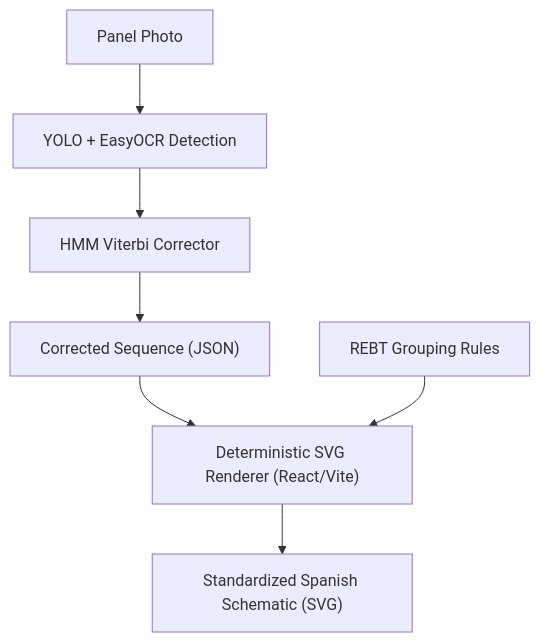
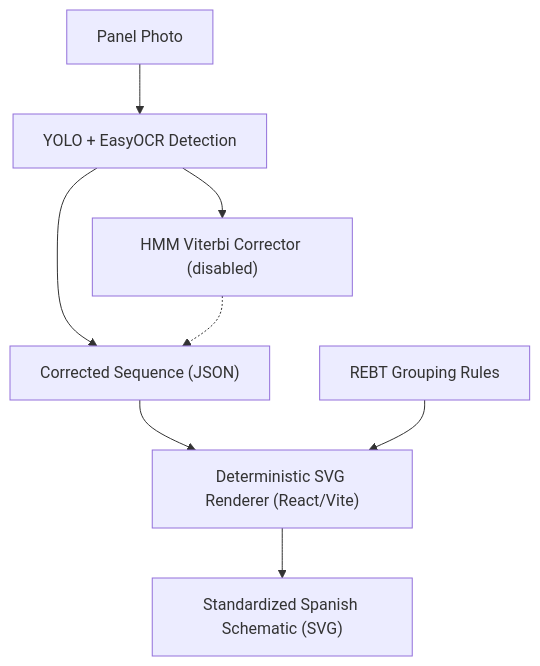
The diagram in docs/okf/tools/schematic_generator.md (cerrmcneel/breaker-detection-project), drawn with Mermaid before and after one commit. The commit also changed other lines of this file and 10 other files, not shown here.

````diff
--- a/docs/okf/tools/schematic_generator.md
+++ b/docs/okf/tools/schematic_generator.md
@@ -18,9 +18,10 @@
 ```mermaid
 graph TD
     A["Panel Photo"] --> B["YOLO + EasyOCR Detection"]
-    B --> C["HMM Viterbi Corrector"]
-    C --> D["Corrected Sequence (JSON)"]
+    B --> C["HMM Viterbi Corrector (disabled)"]
+    B --> D["Corrected Sequence (JSON)"]
+    C -.-> D
     D --> E["Deterministic SVG Renderer (React/Vite)"]
     F["REBT Grouping Rules"] --> E
     E --> G["Standardized Spanish Schematic (SVG)"]
 ```
````
